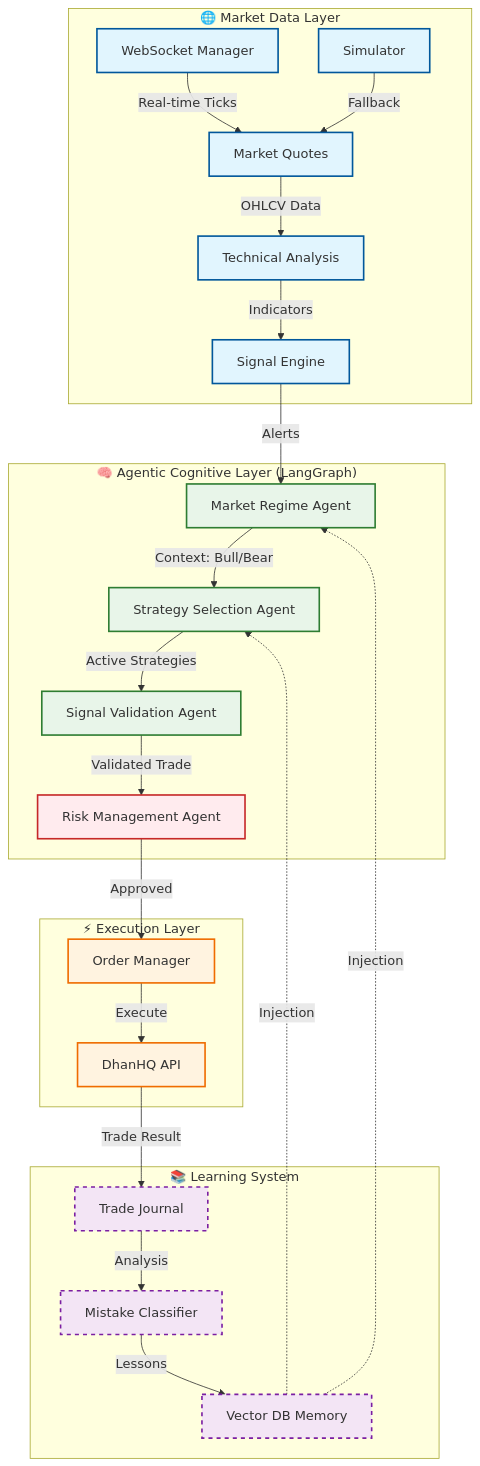
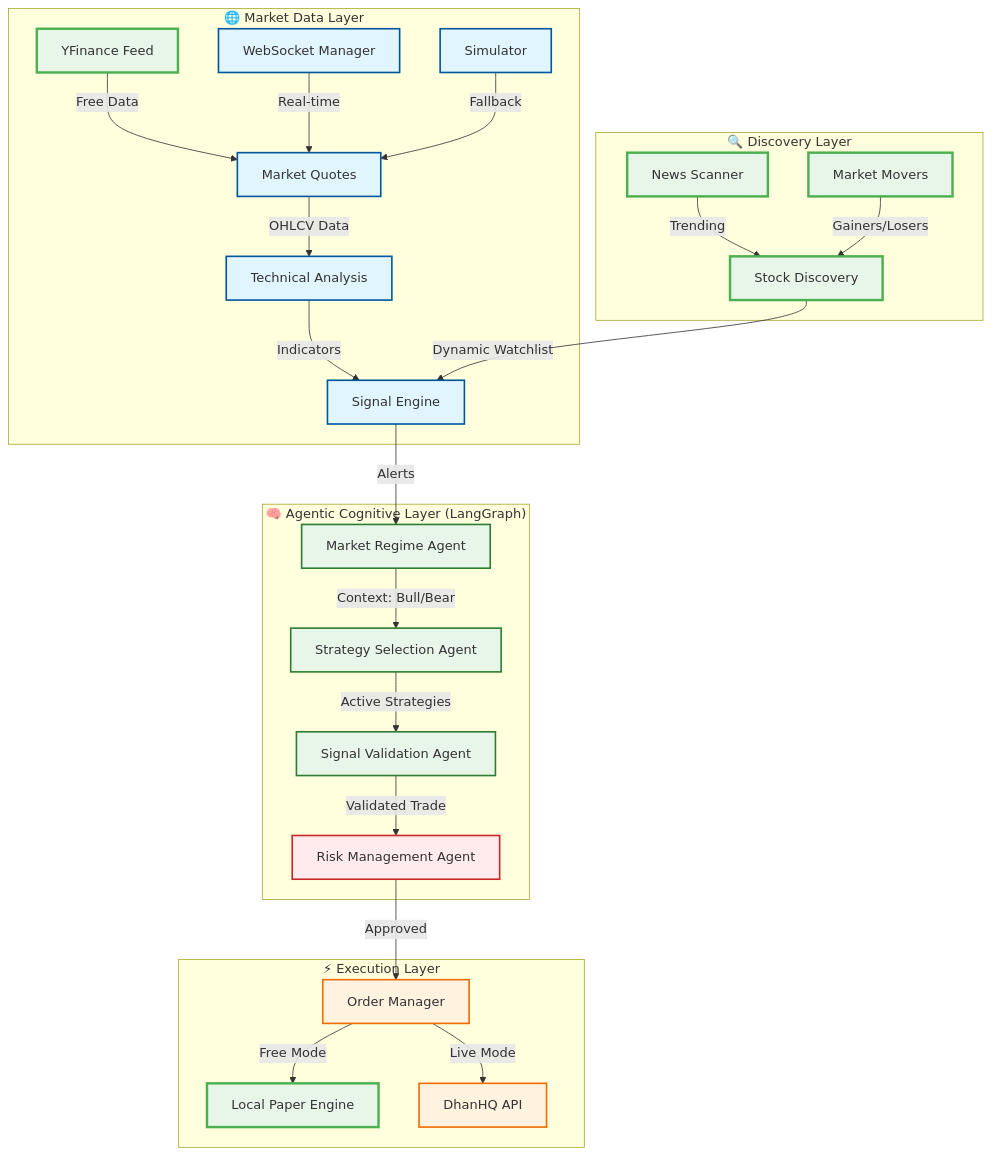
One commit to Pradeep8978/RakshaQuant changed the diagram in README.md. Above: the diagram before and after it, drawn with Mermaid. The commit also changed other lines of this file, not shown here.

Commit message:
docs: Update README with v2 features - free tier, dynamic discovery, backtesting

````diff
--- a/README.md
+++ b/README.md
@@ -39,44 +73,44 @@
 ```mermaid
 graph TD
     %% Styling
     classDef market fill:#e1f5fe,stroke:#01579b,stroke-width:2px;
     classDef agent fill:#e8f5e9,stroke:#2e7d32,stroke-width:2px;
     classDef risk fill:#ffebee,stroke:#c62828,stroke-width:2px;
     classDef exec fill:#fff3e0,stroke:#ef6c00,stroke-width:2px;
     classDef memory fill:#f3e5f5,stroke:#7b1fa2,stroke-width:2px,stroke-dasharray: 5 5;
+    classDef free fill:#e8f5e9,stroke:#4caf50,stroke-width:3px;
 
     subgraph "🌐 Market Data Layer"
-        WS[WebSocket Manager] -->|Real-time Ticks| MQ[Market Quotes]
+        YF[YFinance Feed] -->|Free Data| MQ[Market Quotes]
+        WS[WebSocket Manager] -->|Real-time| MQ
         SIM[Simulator] -->|Fallback| MQ
         MQ -->|OHLCV Data| TECH[Technical Analysis]
         TECH -->|Indicators| SIG_ENG[Signal Engine]
     end
+    class YF free
     class WS,SIM,MQ,TECH,SIG_ENG market
+
+    subgraph "🔍 Discovery Layer"
+        NEWS[News Scanner] -->|Trending| DISC[Stock Discovery]
+        MOVERS[Market Movers] -->|Gainers/Losers| DISC
+        DISC -->|Dynamic Watchlist| SIG_ENG
+    end
+    class NEWS,MOVERS,DISC free
 
     subgraph "🧠 Agentic Cognitive Layer (LangGraph)"
         SIG_ENG -->|Alerts| REGIME[Market Regime Agent]
-
         REGIME -->|Context: Bull/Bear| STRATEGY[Strategy Selection Agent]
-
         STRATEGY -->|Active Strategies| SIGNAL[Signal Validation Agent]
-
         SIGNAL -->|Validated Trade| RISK[Risk Management Agent]
     end
     class REGIME,STRATEGY,SIGNAL agent
     class RISK risk
 
     subgraph "⚡ Execution Layer"
         RISK -->|Approved| ORDER[Order Manager]
-        ORDER -->|Execute| DHAN[DhanHQ API]
+        ORDER -->|Free Mode| PAPER[Local Paper Engine]
+        ORDER -->|Live Mode| DHAN[DhanHQ API]
     end
     class ORDER,DHAN exec
-
-    subgraph "📚 Learning System"
-        DHAN -->|Trade Result| JOURNAL[Trade Journal]
-        JOURNAL -->|Analysis| MISTAKE[Mistake Classifier]
-        MISTAKE -->|Lessons| VECTOR[Vector DB Memory]
-        VECTOR -.->|Injection| REGIME
-        VECTOR -.->|Injection| STRATEGY
-    end
-    class JOURNAL,MISTAKE,VECTOR memory
+    class PAPER free
 ```
````
